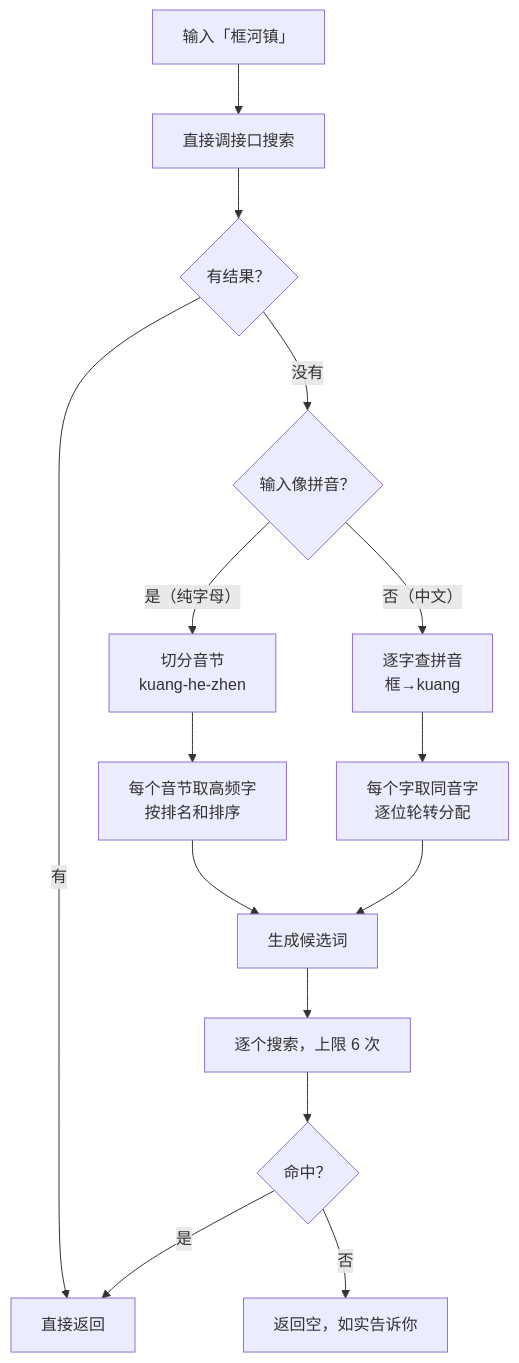
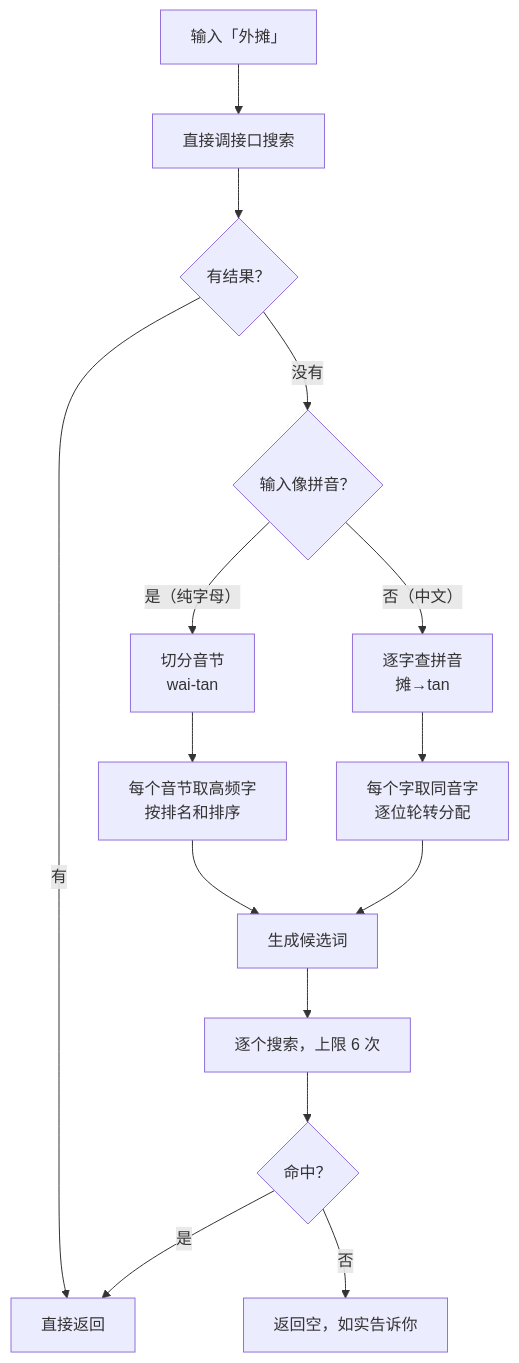
The first of 3 diagrams in README.md (EWlaker/qgis-cn-place-search), drawn with Mermaid before and after one commit. The commit also changed other lines of this file and 2 other files, not shown here.

````diff
--- a/README.md
+++ b/README.md
@@ -160,17 +190,17 @@
 ```mermaid
 flowchart TD
-    A["输入「框河镇」"] --> B["直接调接口搜索"]
+    A["输入「外摊」"] --> B["直接调接口搜索"]
     B --> C{"有结果？"}
     C -->|"有"| Z["直接返回"]
     C -->|"没有"| D{"输入像拼音？"}
-    D -->|"是（纯字母）"| E["切分音节<br/>kuang-he-zhen"]
-    D -->|"否（中文）"| F["逐字查拼音<br/>框→kuang"]
+    D -->|"是（纯字母）"| E["切分音节<br/>wai-tan"]
+    D -->|"否（中文）"| F["逐字查拼音<br/>摊→tan"]
     E --> G["每个音节取高频字<br/>按排名和排序"]
     F --> H["每个字取同音字<br/>逐位轮转分配"]
     G --> I["生成候选词"]
     H --> I
     I --> J["逐个搜索，上限 6 次"]
     J --> K{"命中？"}
     K -->|"是"| Z
     K -->|"否"| L["返回空，如实告诉你"]
 ```
````
